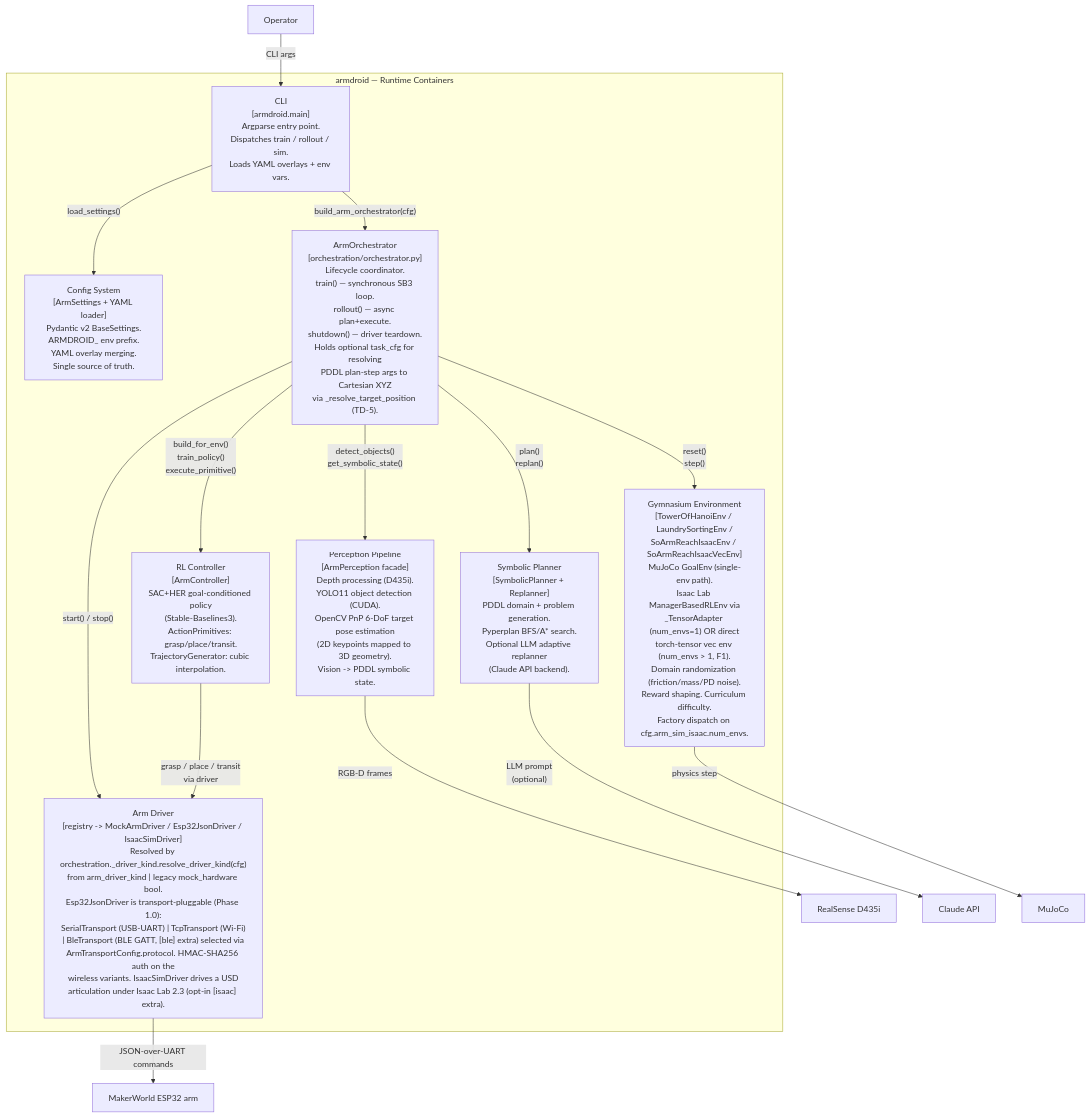
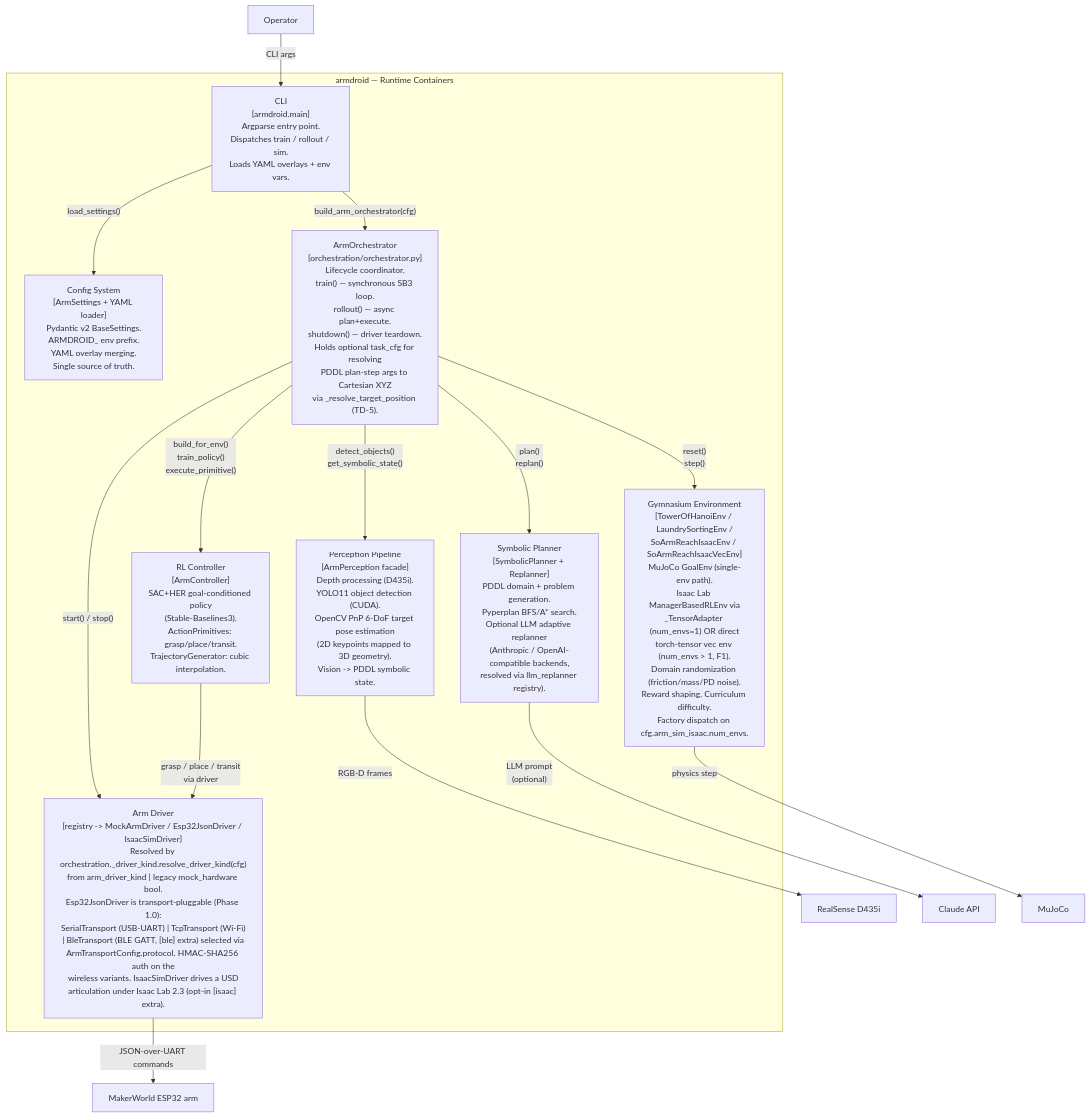
The second of 6 diagrams in docs/architecture/C4.md (ianshank/Arm_Droid), drawn with Mermaid before and after one commit. The commit also changed other lines of this file and 2 other files, not shown here.

First line of the commit message:
docs(architecture): sync C4 + changelog with replanner registry; untrack coverage artifact

````diff
--- a/docs/architecture/C4.md
+++ b/docs/architecture/C4.md
@@ -47,40 +47,40 @@
 ```mermaid
 graph TD
     subgraph armdroid ["armdroid — Runtime Containers"]
         cli["CLI\n[armdroid.main]\nArgparse entry point.\nDispatches train / rollout / sim.\nLoads YAML overlays + env vars."]
 
         cfg["Config System\n[ArmSettings + YAML loader]\nPydantic v2 BaseSettings.\nARMDROID_ env prefix.\nYAML overlay merging.\nSingle source of truth."]
 
         orch["ArmOrchestrator\n[orchestration/orchestrator.py]\nLifecycle coordinator.\ntrain() — synchronous SB3 loop.\nrollout() — async plan+execute.\nshutdown() — driver teardown.\nHolds optional task_cfg for resolving\nPDDL plan-step args to Cartesian XYZ\nvia _resolve_target_position (TD-5)."]
 
         perception["Perception Pipeline\n[ArmPerception facade]\nDepth processing (D435i).\nYOLO11 object detection (CUDA).\nOpenCV PnP 6-DoF target pose estimation\n(2D keypoints mapped to 3D geometry).\nVision -> PDDL symbolic state."]
 
-        planner["Symbolic Planner\n[SymbolicPlanner + Replanner]\nPDDL domain + problem generation.\nPyperplan BFS/A* search.\nOptional LLM adaptive replanner\n(Claude API backend)."]
+        planner["Symbolic Planner\n[SymbolicPlanner + Replanner]\nPDDL domain + problem generation.\nPyperplan BFS/A* search.\nOptional LLM adaptive replanner\n(Anthropic / OpenAI-compatible backends,\nresolved via llm_replanner registry)."]
 
         controller["RL Controller\n[ArmController]\nSAC+HER goal-conditioned policy\n(Stable-Baselines3).\nActionPrimitives: grasp/place/transit.\nTrajectoryGenerator: cubic interpolation."]
 
         env["Gymnasium Environment\n[TowerOfHanoiEnv / LaundrySortingEnv /\nSoArmReachIsaacEnv / SoArmReachIsaacVecEnv]\nMuJoCo GoalEnv (single-env path).\nIsaac Lab ManagerBasedRLEnv via\n_TensorAdapter (num_envs=1) OR direct\ntorch-tensor vec env (num_envs > 1, F1).\nDomain randomization (friction/mass/PD noise).\nReward shaping. Curriculum difficulty.\nFactory dispatch on cfg.arm_sim_isaac.num_envs."]
 
         driver["Arm Driver\n[registry -> MockArmDriver / Esp32JsonDriver / IsaacSimDriver]\nResolved by orchestration._driver_kind.resolve_driver_kind(cfg)\nfrom arm_driver_kind | legacy mock_hardware bool.\nEsp32JsonDriver is transport-pluggable (Phase 1.0):\nSerialTransport (USB-UART) | TcpTransport (Wi-Fi)\n| BleTransport (BLE GATT, [ble] extra) selected via\nArmTransportConfig.protocol. HMAC-SHA256 auth on the\nwireless variants. IsaacSimDriver drives a USD\narticulation under Isaac Lab 2.3 (opt-in [isaac] extra)."]
     end
 
     user["Operator"]
     hw["MakerWorld ESP32 arm"]
     cam["RealSense D435i"]
     llm["Claude API"]
     sim["MuJoCo"]
 
     user -->|"CLI args"| cli
     cli -->|"load_settings()"| cfg
     cli -->|"build_arm_orchestrator(cfg)"| orch
     orch -->|"detect_objects()\nget_symbolic_state()"| perception
     orch -->|"plan()\nreplan()"| planner
     orch -->|"build_for_env()\ntrain_policy()\nexecute_primitive()"| controller
     orch -->|"reset()\nstep()"| env
     orch -->|"start() / stop()"| driver
     controller -->|"grasp / place / transit\nvia driver"| driver
     planner -->|"LLM prompt\n(optional)"| llm
     perception -->|"RGB-D frames"| cam
     driver -->|"JSON-over-UART commands"| hw
     env -->|"physics step"| sim
 ```
````
